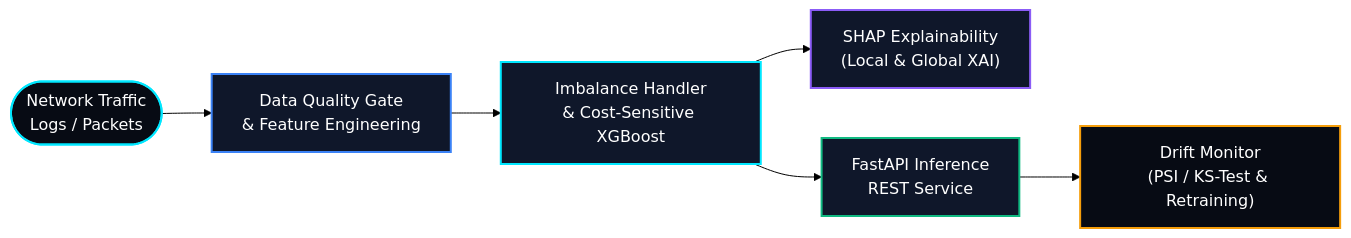
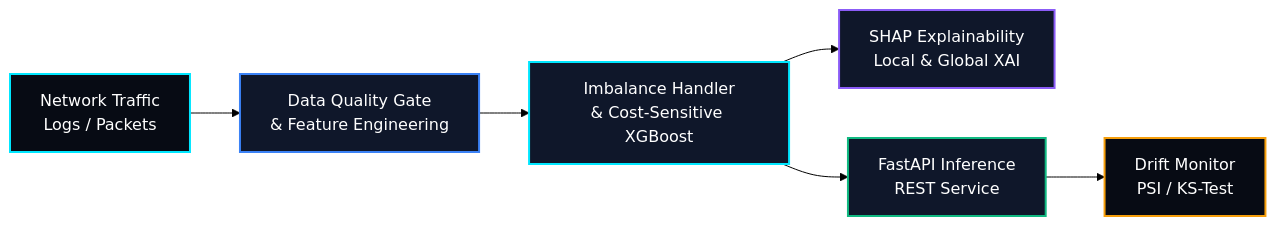
Before and after one commit to Aditya70-creator/SentinelML: the diagram in README.md, drawn with Mermaid (forest theme). The commit also changed other lines of this file, not shown here.

````diff
--- a/README.md
+++ b/README.md
@@ -13,15 +13,15 @@
 ```mermaid
 flowchart LR
-    A(["Network Traffic<br/>Logs / Packets"]) --> B["Data Quality Gate<br/>& Feature Engineering"]
+    A["Network Traffic<br/>Logs / Packets"] --> B["Data Quality Gate<br/>& Feature Engineering"]
     B --> C["Imbalance Handler<br/>& Cost-Sensitive XGBoost"]
-    C --> D["SHAP Explainability<br/>(Local & Global XAI)"]
+    C --> D["SHAP Explainability<br/>Local & Global XAI"]
     C --> E["FastAPI Inference<br/>REST Service"]
-    E --> F["Drift Monitor<br/>(PSI / KS-Test & Retraining)"]
+    E --> F["Drift Monitor<br/>PSI / KS-Test"]
 
-    style A fill:#070b14,stroke:#00E7FF,stroke-width:2px,color:#fff
-    style B fill:#0f172a,stroke:#3B82F6,stroke-width:2px,color:#fff
-    style C fill:#0f172a,stroke:#00E7FF,stroke-width:2px,color:#fff
-    style D fill:#0f172a,stroke:#8B5CF6,stroke-width:2px,color:#fff
-    style E fill:#0f172a,stroke:#10B981,stroke-width:2px,color:#fff
-    style F fill:#070b14,stroke:#f59e0b,stroke-width:2px,color:#fff
+    style A fill:#070b14,stroke:#00E7FF,stroke-width:2px,color:#ffffff
+    style B fill:#0f172a,stroke:#3B82F6,stroke-width:2px,color:#ffffff
+    style C fill:#0f172a,stroke:#00E7FF,stroke-width:2px,color:#ffffff
+    style D fill:#0f172a,stroke:#8B5CF6,stroke-width:2px,color:#ffffff
+    style E fill:#0f172a,stroke:#10B981,stroke-width:2px,color:#ffffff
+    style F fill:#070b14,stroke:#f59e0b,stroke-width:2px,color:#ffffff
 ```
````
